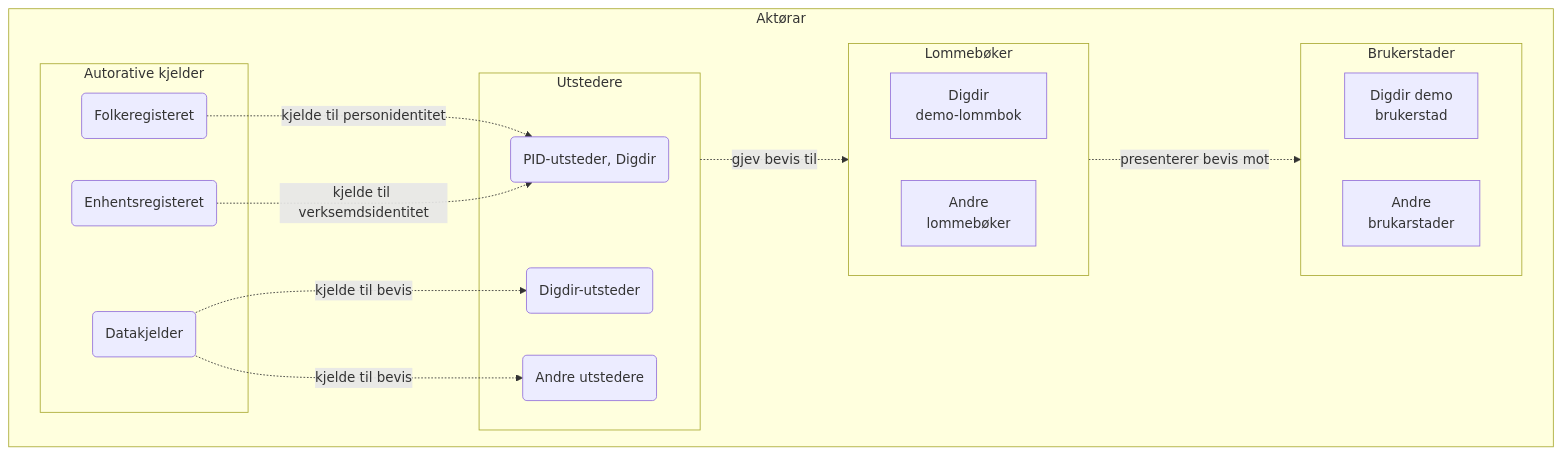
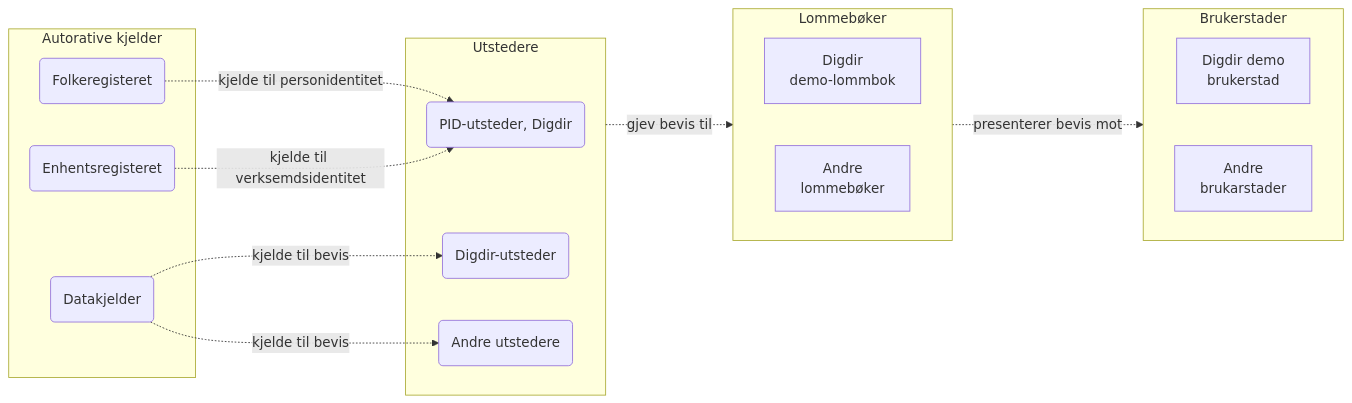
Before and after one commit to felleslosninger/docs: the second of 3 diagrams in _docs/lommebok/lommebok_arkitektur.md, drawn with Mermaid.

```diff
--- a/_docs/lommebok/lommebok_arkitektur.md
+++ b/_docs/lommebok/lommebok_arkitektur.md
@@ -38,49 +38,44 @@
 <div class="mermaid">
 graph LR
-  direction LR
-  subgraph A [Aktørar]
-
-  direction LR
   subgraph AK [Autorative kjelder]
   F(Folkeregisteret)
   E(Enhentsregisteret)
   D(Datakjelder)
   end
 
   subgraph U [Utstedere]
   PID(PID-utsteder, Digdir)
   DI(Digdir-utsteder)
   I(Andre utstedere)
   end
 
   subgraph L [Lommebøker]
   direction LR
   DW["Digdir
 demo-lommbok"]
   W["Andre 
 lommebøker"]
   end
 
   subgraph B [Brukerstader]
   direction LR
   DRP["Digdir demo
 brukerstad"]
   RP["Andre
 brukarstader"]
   end
-  end
 
 
 
   F -. kjelde til personidentitet  .-> PID
   E -. kjelde til verksemdsidentitet .-> PID
 
   D -. kjelde til bevis .-> DI
   D -. kjelde til bevis .-> I
 
   U -. gjev bevis til .-> L
 
   L -. presenterer bevis mot .-> B
 
 
 </div>
```
